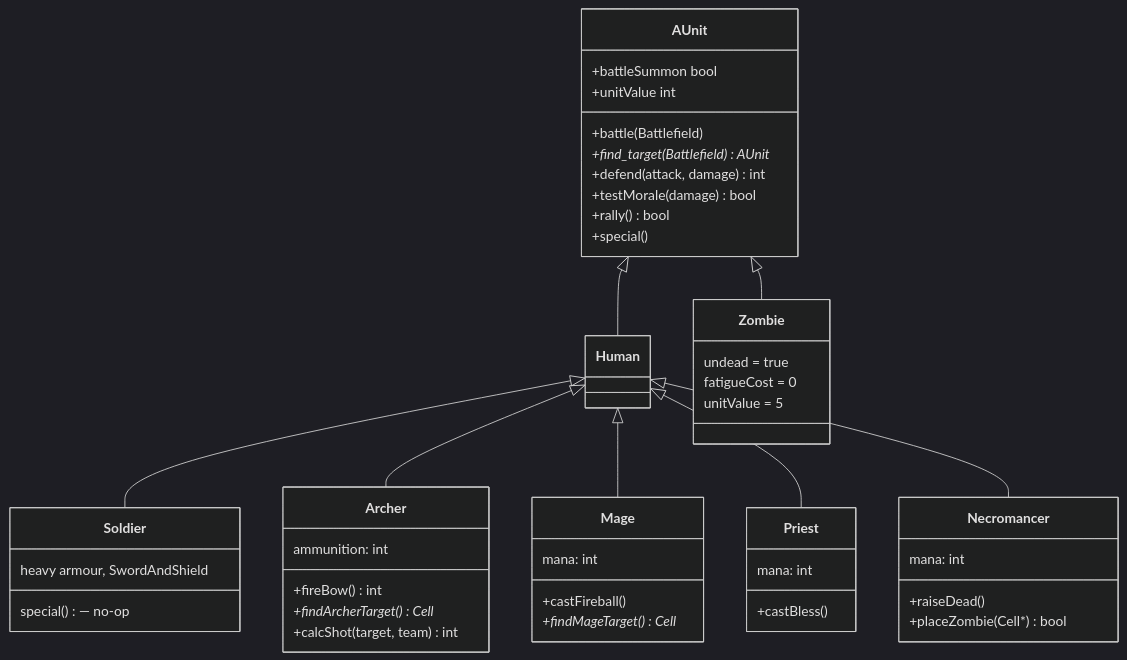
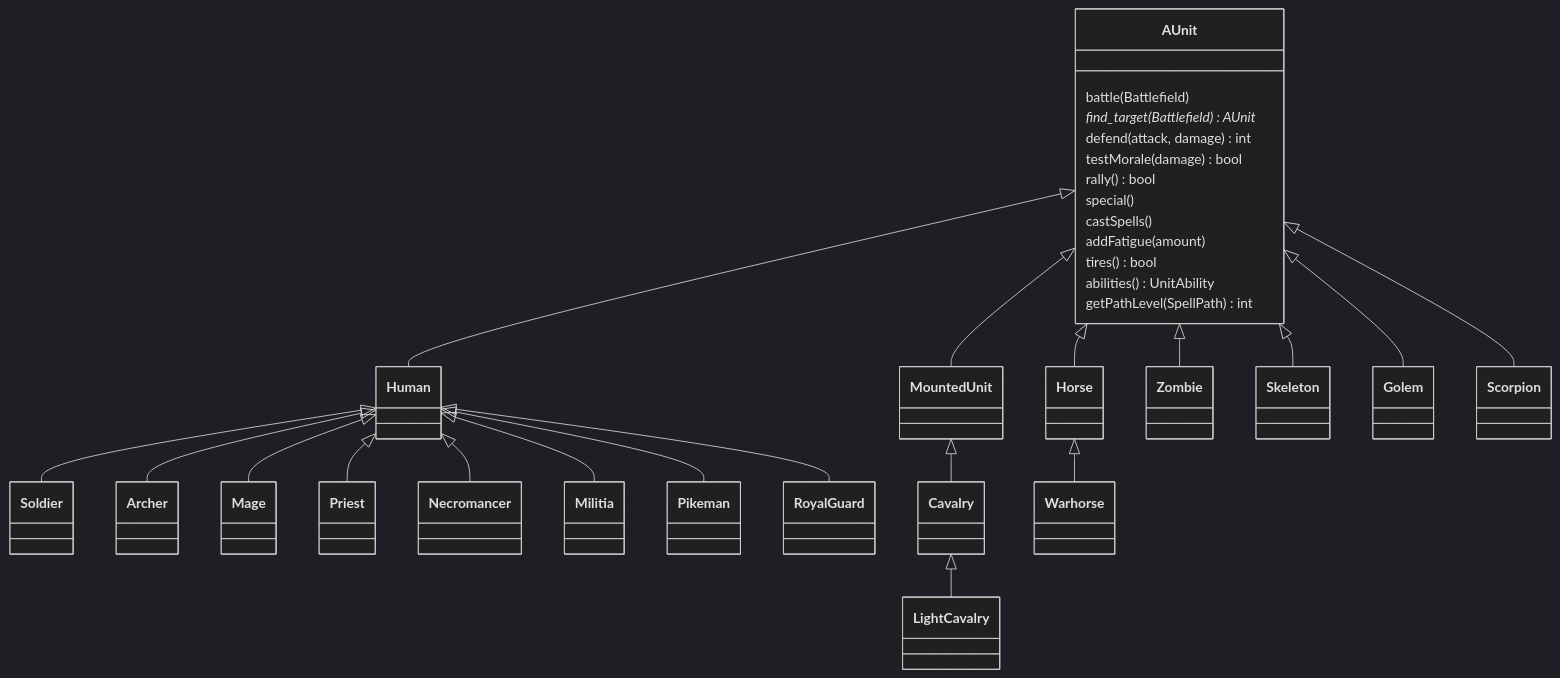
Before and after one commit to Tonttu84/gameProject: the sixth of 10 diagrams in ARCHITECTURE.md, drawn with Mermaid (dark theme). The commit also changed other lines of this file and 3 other files, not shown here.

First line of the commit message:
Pay the documentation debt: rewrite ARCHITECTURE.md, write ADDING_SPELLS.md

````diff
--- a/ARCHITECTURE.md
+++ b/ARCHITECTURE.md
@@ -48,56 +194,37 @@
 ```mermaid
 classDiagram
     AUnit <|-- Human
+    AUnit <|-- MountedUnit
+    AUnit <|-- Horse
     AUnit <|-- Zombie
+    AUnit <|-- Skeleton
+    AUnit <|-- Golem
+    AUnit <|-- Scorpion
+
     Human <|-- Soldier
     Human <|-- Archer
     Human <|-- Mage
     Human <|-- Priest
     Human <|-- Necromancer
+    Human <|-- Militia
+    Human <|-- Pikeman
+    Human <|-- RoyalGuard
+
+    MountedUnit <|-- Cavalry
+    Cavalry <|-- LightCavalry
+    Horse <|-- Warhorse
 
     class AUnit {
-        +battle(Battlefield)
-        +find_target(Battlefield) AUnit*
-        +defend(attack, damage) int
-        +testMorale(damage) bool
-        +rally() bool
-        +special()
-        +battleSummon bool
-        +unitValue int
-    }
-
-    class Soldier {
-        heavy armour, SwordAndShield
-        special() — no-op
-    }
-
-    class Archer {
-        +fireBow() int
-        +findArcherTarget() Cell*
-        +calcShot(target, team) int
-        ammunition: int
-    }
-
-    class Mage {
-        +castFireball()
-        +findMageTarget() Cell*
-        mana: int
-    }
-
-    class Priest {
-        +castBless()
-        mana: int
-    }
-
-    class Necromancer {
-        +raiseDead()
-        +placeZombie(Cell*) bool
-        mana: int
-    }
-
-    class Zombie {
-        undead = true
-        fatigueCost = 0
-        unitValue = 5
+        battle(Battlefield)
+        find_target(Battlefield) AUnit*
+        defend(attack, damage) int
+        testMorale(damage) bool
+        rally() bool
+        special()
+        castSpells()
+        addFatigue(amount)
+        tires() bool
+        abilities() UnitAbility
+        getPathLevel(SpellPath) int
     }
 ```
````
